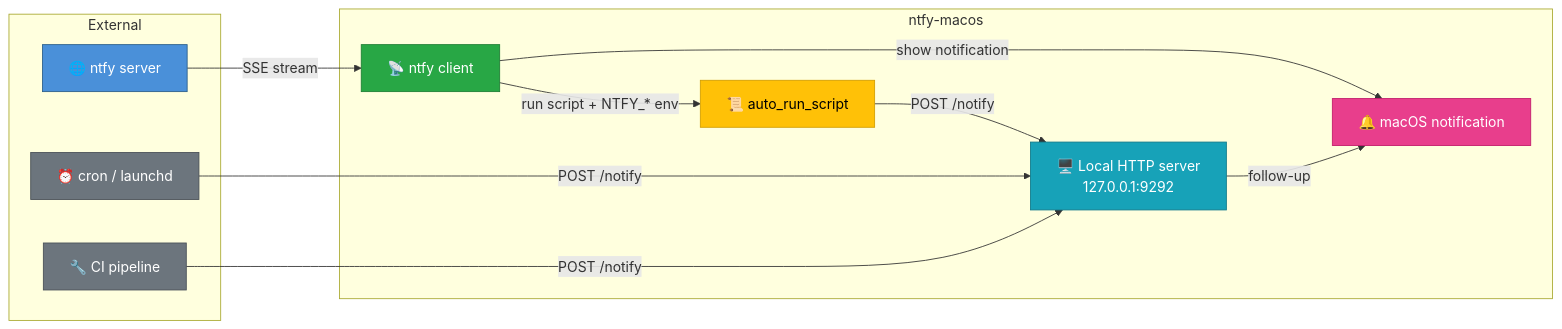
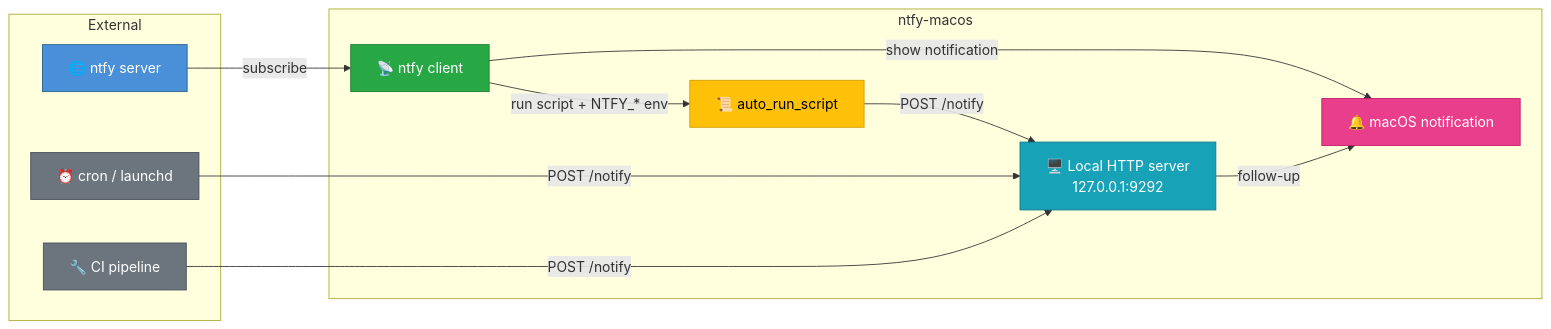
The diagram in README.md (laurentftech/ntfy-macos), drawn with Mermaid before and after one commit.

Commit message:
docs: Update flowchart in README to reflect correct SSE stream terminology

````diff
--- a/README.md
+++ b/README.md
@@ -314,33 +314,33 @@
 ```mermaid
 flowchart LR
     subgraph External
         ntfy["🌐 ntfy server"]
         cron["⏰ cron / launchd"]
         ci["🔧 CI pipeline"]
     end
 
     subgraph ntfy-macos
         client["📡 ntfy client"]
         script["📜 auto_run_script"]
         local["🖥️ Local HTTP server
         127.0.0.1:9292"]
         notif["🔔 macOS notification"]
     end
 
-    ntfy -- "SSE stream" --> client
+    ntfy -- "subscribe" --> client
     client -- "show notification" --> notif
     client -- "run script + NTFY_* env" --> script
     script -- "POST /notify" --> local
     local -- "follow-up" --> notif
 
     cron -- "POST /notify" --> local
     ci -- "POST /notify" --> local
 
     style ntfy fill:#4a90d9,stroke:#2c5f8a,color:#fff
     style cron fill:#6c757d,stroke:#495057,color:#fff
     style ci fill:#6c757d,stroke:#495057,color:#fff
     style client fill:#28a745,stroke:#1e7e34,color:#fff
     style script fill:#ffc107,stroke:#d39e00,color:#000
     style local fill:#17a2b8,stroke:#117a8b,color:#fff
     style notif fill:#e83e8c,stroke:#c21c6b,color:#fff
 ```
````
